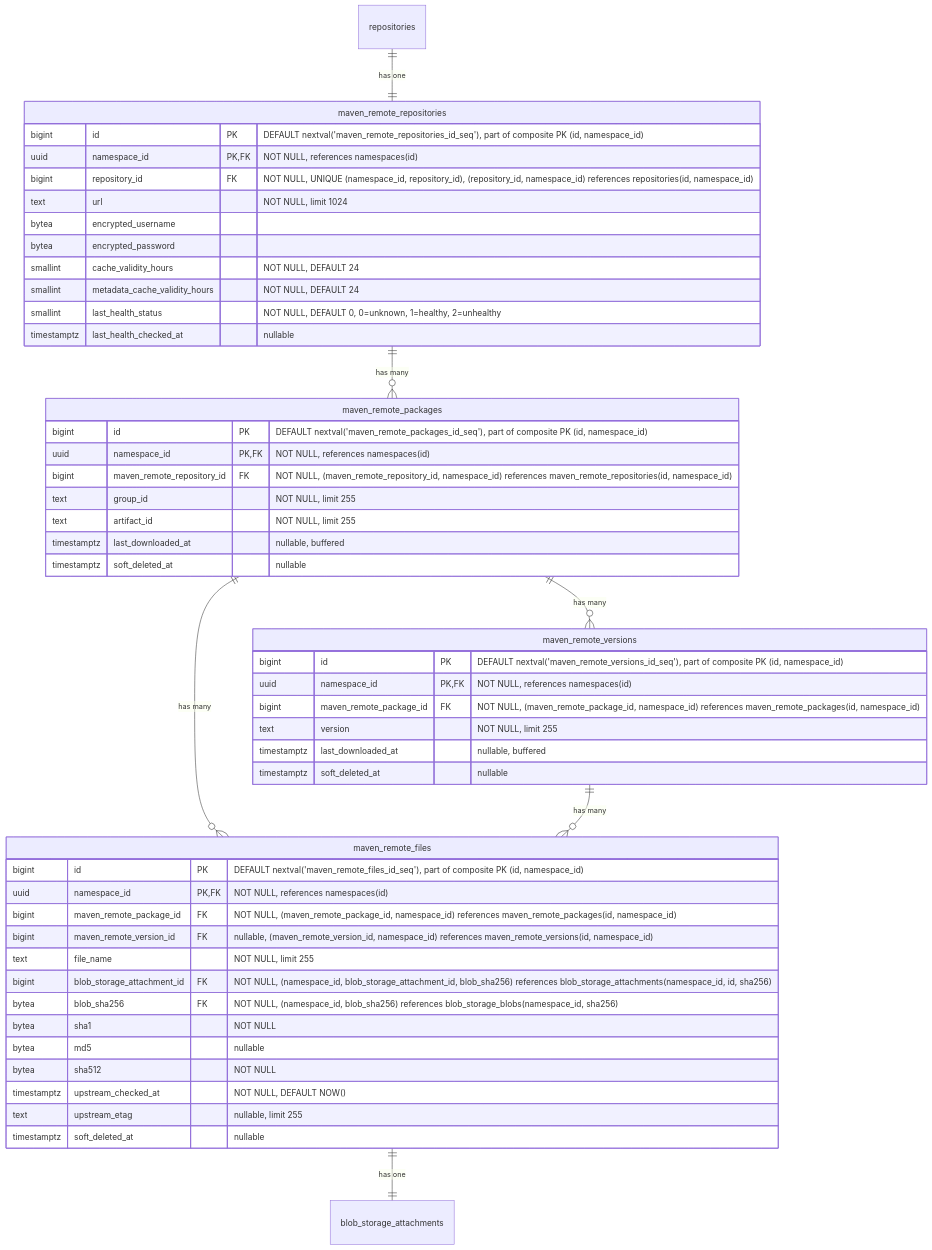
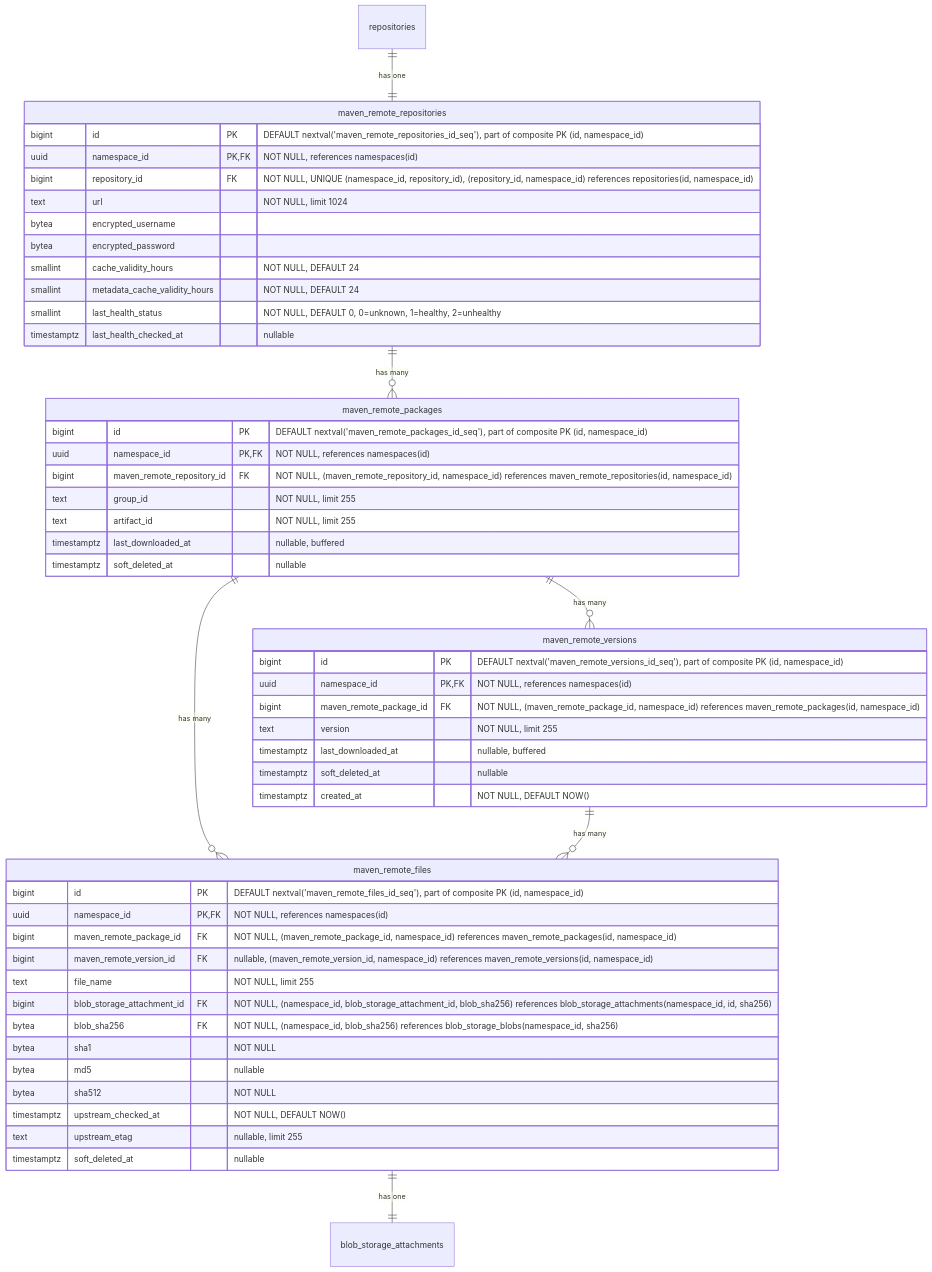
Diagram 11 of 19 in content/handbook/engineering/architecture/design-documents/artifact_registry/decisions/007_database_schema.md (kyama0/gitlab-handbook-ja), drawn with Mermaid before and after one commit. The commit also changed other lines of this file and 2 other files, not shown here.

First line of the commit message:
translation: update working-issues test-suite flow & ADR 007 schema; bump upstream

````diff
--- a/content/handbook/engineering/architecture/design-documents/artifact_registry/decisions/007_database_schema.md
+++ b/content/handbook/engineering/architecture/design-documents/artifact_registry/decisions/007_database_schema.md
@@ -824,57 +827,58 @@
 ```mermaid
 erDiagram
     repositories ||--|| maven_remote_repositories : "has one"
     maven_remote_repositories ||--o{ maven_remote_packages : "has many"
     maven_remote_packages ||--o{ maven_remote_versions : "has many"
     maven_remote_packages ||--o{ maven_remote_files : "has many"
     maven_remote_versions ||--o{ maven_remote_files : "has many"
     maven_remote_files ||--|| blob_storage_attachments : "has one"
 
     maven_remote_repositories {
         bigint id PK "DEFAULT nextval('maven_remote_repositories_id_seq'), part of composite PK (id, namespace_id)"
         uuid namespace_id PK,FK "NOT NULL, references namespaces(id)"
         bigint repository_id FK "NOT NULL, UNIQUE (namespace_id, repository_id), (repository_id, namespace_id) references repositories(id, namespace_id)"
         text url "NOT NULL, limit 1024"
         bytea encrypted_username
         bytea encrypted_password
         smallint cache_validity_hours "NOT NULL, DEFAULT 24"
         smallint metadata_cache_validity_hours "NOT NULL, DEFAULT 24"
         smallint last_health_status "NOT NULL, DEFAULT 0, 0=unknown, 1=healthy, 2=unhealthy"
         timestamptz last_health_checked_at "nullable"
     }
 
     maven_remote_packages {
         bigint id PK "DEFAULT nextval('maven_remote_packages_id_seq'), part of composite PK (id, namespace_id)"
         uuid namespace_id PK,FK "NOT NULL, references namespaces(id)"
         bigint maven_remote_repository_id FK "NOT NULL, (maven_remote_repository_id, namespace_id) references maven_remote_repositories(id, namespace_id)"
         text group_id "NOT NULL, limit 255"
         text artifact_id "NOT NULL, limit 255"
         timestamptz last_downloaded_at "nullable, buffered"
         timestamptz soft_deleted_at "nullable"
     }
 
     maven_remote_versions {
         bigint id PK "DEFAULT nextval('maven_remote_versions_id_seq'), part of composite PK (id, namespace_id)"
         uuid namespace_id PK,FK "NOT NULL, references namespaces(id)"
         bigint maven_remote_package_id FK "NOT NULL, (maven_remote_package_id, namespace_id) references maven_remote_packages(id, namespace_id)"
         text version "NOT NULL, limit 255"
         timestamptz last_downloaded_at "nullable, buffered"
         timestamptz soft_deleted_at "nullable"
+        timestamptz created_at "NOT NULL, DEFAULT NOW()"
     }
 
     maven_remote_files {
         bigint id PK "DEFAULT nextval('maven_remote_files_id_seq'), part of composite PK (id, namespace_id)"
         uuid namespace_id PK,FK "NOT NULL, references namespaces(id)"
         bigint maven_remote_package_id FK "NOT NULL, (maven_remote_package_id, namespace_id) references maven_remote_packages(id, namespace_id)"
         bigint maven_remote_version_id FK "nullable, (maven_remote_version_id, namespace_id) references maven_remote_versions(id, namespace_id)"
         text file_name "NOT NULL, limit 255"
         bigint blob_storage_attachment_id FK "NOT NULL, (namespace_id, blob_storage_attachment_id, blob_sha256) references blob_storage_attachments(namespace_id, id, sha256)"
         bytea blob_sha256 FK "NOT NULL, (namespace_id, blob_sha256) references blob_storage_blobs(namespace_id, sha256)"
         bytea sha1 "NOT NULL"
         bytea md5 "nullable"
         bytea sha512 "NOT NULL"
         timestamptz upstream_checked_at "NOT NULL, DEFAULT NOW()"
         text upstream_etag "nullable, limit 255"
         timestamptz soft_deleted_at "nullable"
     }
 ```
````
